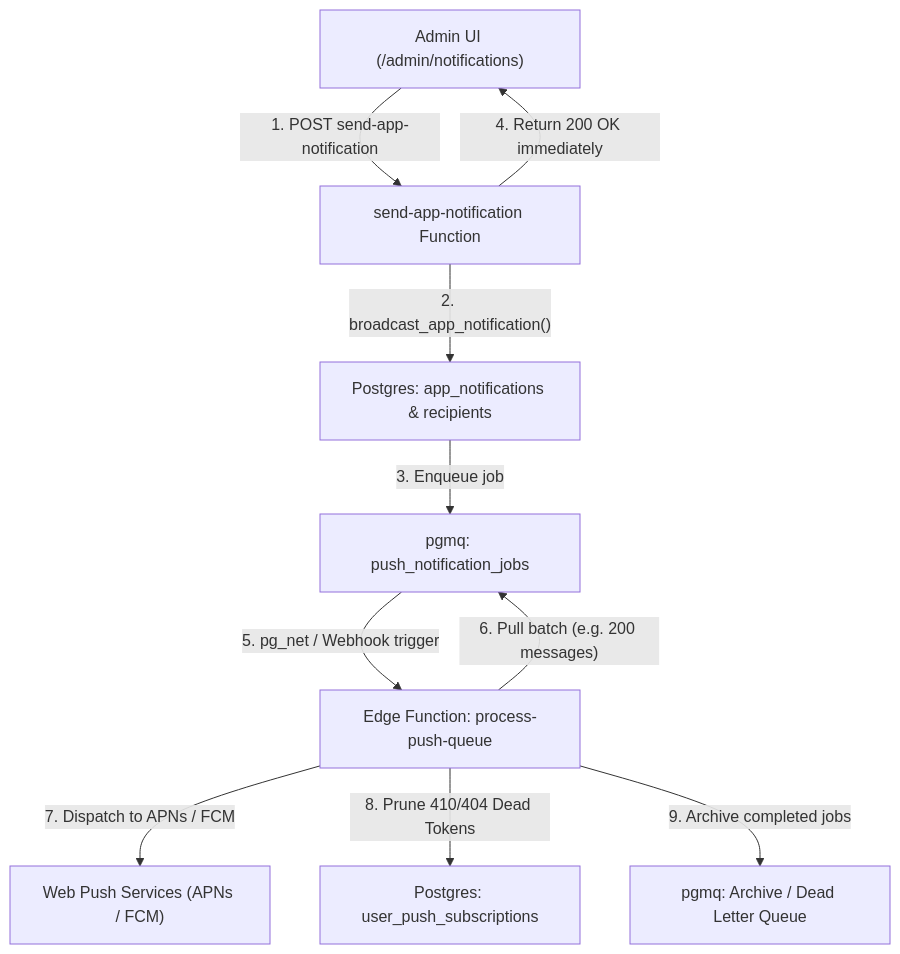
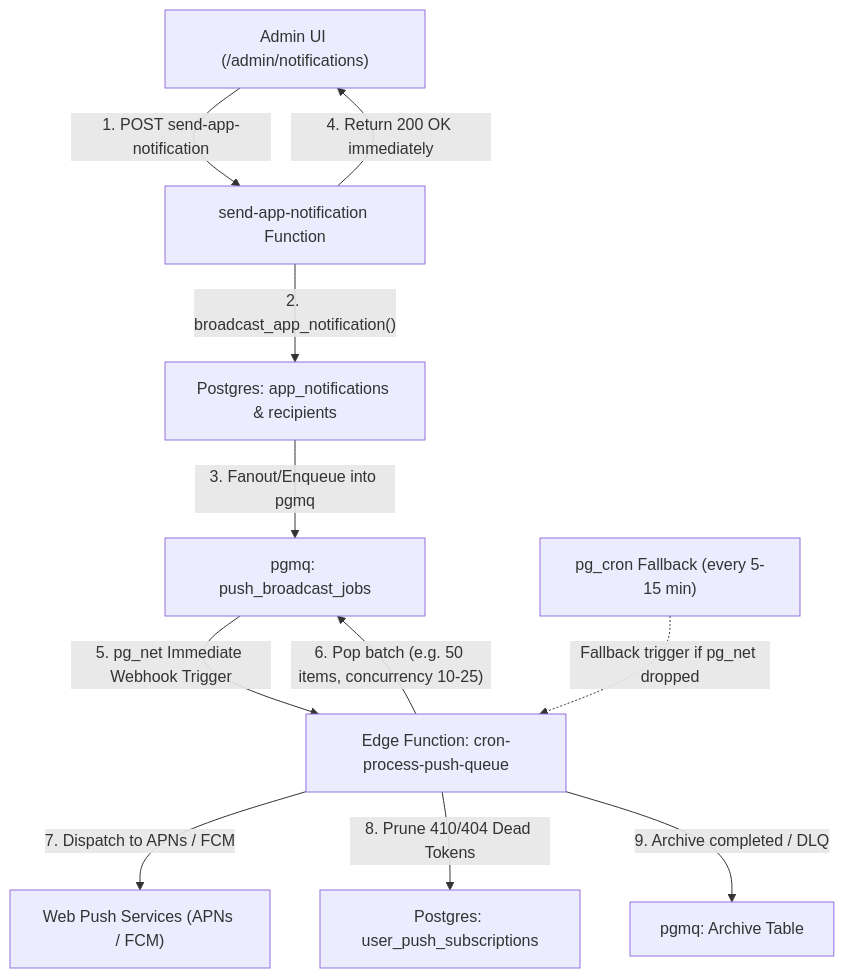
Before and after one commit to baronparedes/wc-event-registration: the diagram in docs/analysis/push-notification-scalability-roadmap.md, drawn with Mermaid. The commit also changed other lines of this file, not shown here.

Commit message:
docs: update push notification scalability roadmap with progress status and codebase patterns

````diff
--- a/docs/analysis/push-notification-scalability-roadmap.md
+++ b/docs/analysis/push-notification-scalability-roadmap.md
@@ -100,13 +127,15 @@
 ```mermaid
 flowchart TD
     A["Admin UI (/admin/notifications)"] -->|"1. POST send-app-notification"| B["send-app-notification Function"]
     B -->|"2. broadcast_app_notification()"| C["Postgres: app_notifications & recipients"]
-    C -->|"3. Enqueue job"| D["pgmq: push_notification_jobs"]
+    C -->|"3. Fanout/Enqueue into pgmq"| D["pgmq: push_broadcast_jobs"]
     B -->|"4. Return 200 OK immediately"| A
 
-    D -->|"5. pg_net / Webhook trigger"| E["Edge Function: process-push-queue"]
-    E -->|"6. Pull batch (e.g. 200 messages)"| D
+    D -->|"5. pg_net Immediate Webhook Trigger"| E["Edge Function: cron-process-push-queue"]
+    E -->|"6. Pop batch (e.g. 50 items, concurrency 10-25)"| D
     E -->|"7. Dispatch to APNs / FCM"| F["Web Push Services (APNs / FCM)"]
     E -->|"8. Prune 410/404 Dead Tokens"| G["Postgres: user_push_subscriptions"]
-    E -->|"9. Archive completed jobs"| H["pgmq: Archive / Dead Letter Queue"]
+    E -->|"9. Archive completed / DLQ"| H["pgmq: Archive Table"]
+
+    I["pg_cron Fallback (every 5-15 min)"] -.->|"Fallback trigger if pg_net dropped"| E
 ```
````
